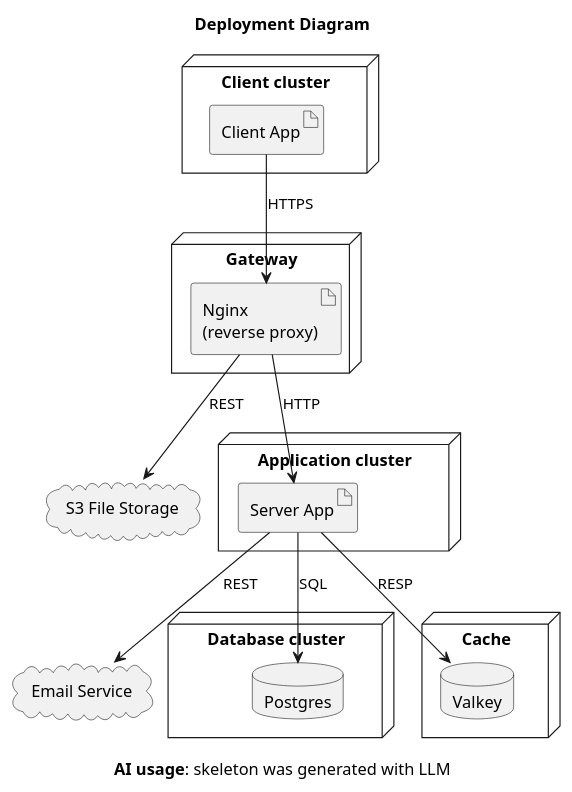
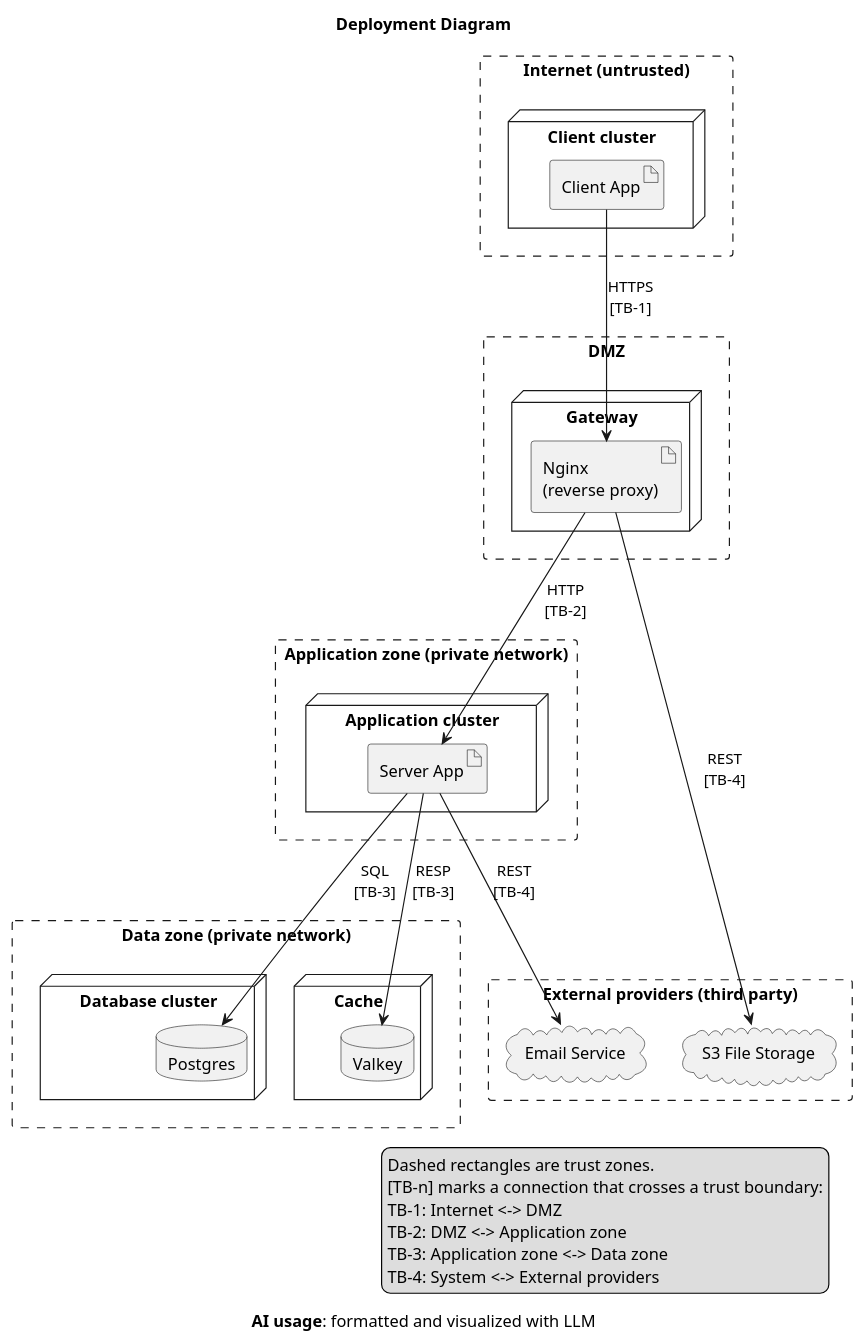
The diagram in docs/architecture/uml/deployment_diagram.puml (ukma-fin-ssdm-2026/Spectrum-project), drawn with PlantUML before and after one commit. The commit also changed 2 other files, not shown here.

Commit message:
docs: add STRIDE threat model and trust boundaries
- threat-model.md: assets, trust boundaries, 10 STRIDE risks with
  countermeasures (T-10 accepted)
- deployment_diagram.puml: trust zones and TB-1..TB-4 boundary labels
- README: link to threat model

```diff
--- a/docs/architecture/uml/deployment_diagram.puml
+++ b/docs/architecture/uml/deployment_diagram.puml
@@ -1,38 +1,57 @@
 @startuml
 title Deployment Diagram
 
 skinparam shadowing false
 
-node "Client cluster" as clientNode {
-  artifact "Client App" as client
+rectangle "Internet (untrusted)" as zoneInternet #line.dashed {
+  node "Client cluster" as clientNode {
+    artifact "Client App" as client
+  }
 }
 
-node "Gateway" as gatewayNode {
-  artifact "Nginx\n(reverse proxy)" as nginx
+rectangle "DMZ" as zoneDmz #line.dashed {
+  node "Gateway" as gatewayNode {
+    artifact "Nginx\n(reverse proxy)" as nginx
+  }
 }
 
-node "Application cluster" as appNode {
-  artifact "Server App" as server
+rectangle "Application zone (private network)" as zoneApp #line.dashed {
+  node "Application cluster" as appNode {
+    artifact "Server App" as server
+  }
 }
 
-node "Database cluster" as dbNode {
-  database "Postgres" as postgres
+rectangle "Data zone (private network)" as zoneData #line.dashed {
+  node "Database cluster" as dbNode {
+    database "Postgres" as postgres
+  }
+
+  node "Cache" as cacheNode {
+    database "Valkey" as valkey
+  }
 }
 
-node "Cache" as cacheNode {
-  database "Valkey" as valkey
+rectangle "External providers (third party)" as zoneExternal #line.dashed {
+  cloud "Email Service" as email
+  cloud "S3 File Storage" as s3
 }
 
-cloud "Email Service" as email
-cloud "S3 File Storage" as s3
+client --> nginx : HTTPS\n[TB-1]
+nginx --> server : HTTP\n[TB-2]
+nginx --> s3 : REST\n[TB-4]
 
-client --> nginx : HTTPS
-nginx --> server : HTTP
-nginx --> s3 : REST
+server --> postgres : SQL\n[TB-3]
+server --> valkey : RESP\n[TB-3]
+server --> email : REST\n[TB-4]
 
-server --> postgres : SQL
-server --> valkey : RESP
-server --> email : REST
+legend right
+  Dashed rectangles are trust zones.
+  [TB-n] marks a connection that crosses a trust boundary:
+  TB-1: Internet <-> DMZ
+  TB-2: DMZ <-> Application zone
+  TB-3: Application zone <-> Data zone
+  TB-4: System <-> External providers
+endlegend
 
-caption **AI usage**: skeleton was generated with LLM
+caption **AI usage**: formatted and visualized with LLM
 @enduml
```
